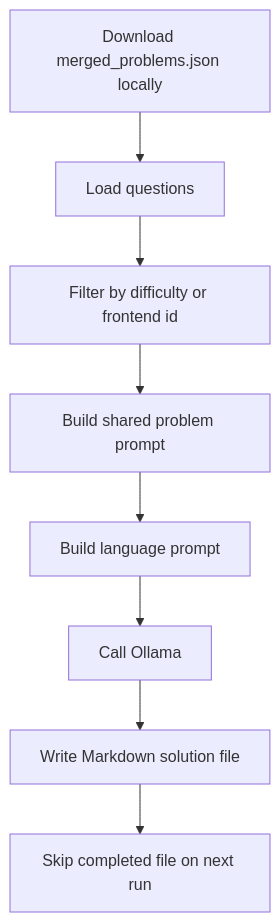
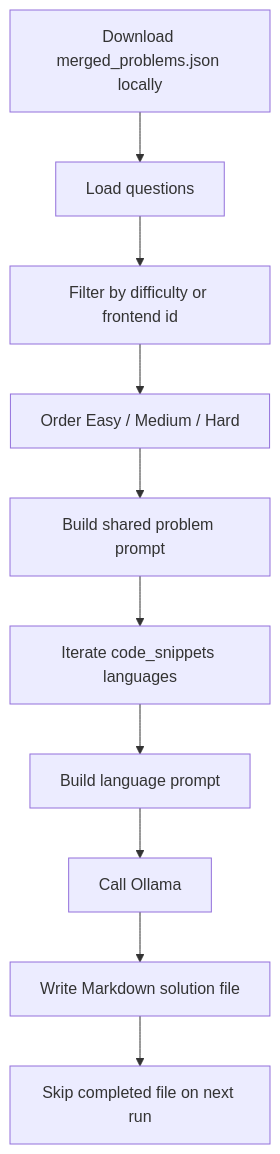
Before and after one commit to billzi2016/Leetcode-All-Languages-Bset-Solutions: the first of 7 diagrams in docs-site/en/workflow.md, drawn with Mermaid. The commit also changed other lines of this file and 13 other files, not shown here.

First line of the commit message:
补全文档站点运行意图和 prompt 缓存说明

````diff
--- a/docs-site/en/workflow.md
+++ b/docs-site/en/workflow.md
@@ -7,10 +9,12 @@
 ```mermaid
 flowchart TD
     A[Download merged_problems.json locally] --> B[Load questions]
     B --> C[Filter by difficulty or frontend id]
-    C --> D[Build shared problem prompt]
-    D --> E[Build language prompt]
-    E --> F[Call Ollama]
-    F --> G[Write Markdown solution file]
-    G --> H[Skip completed file on next run]
+    C --> D[Order Easy / Medium / Hard]
+    D --> E[Build shared problem prompt]
+    E --> F[Iterate code_snippets languages]
+    F --> G[Build language prompt]
+    G --> H[Call Ollama]
+    H --> I[Write Markdown solution file]
+    I --> J[Skip completed file on next run]
 ```
````
